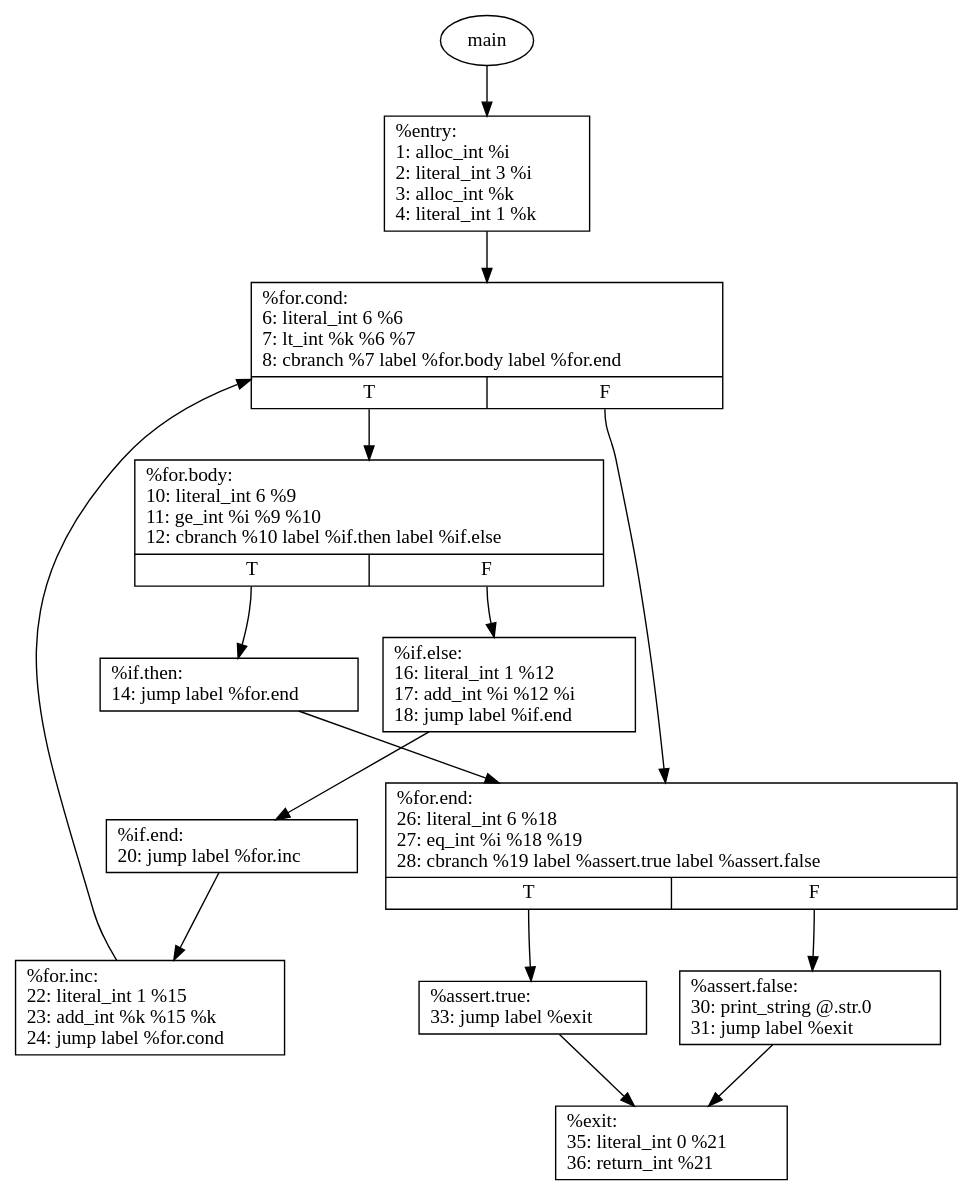
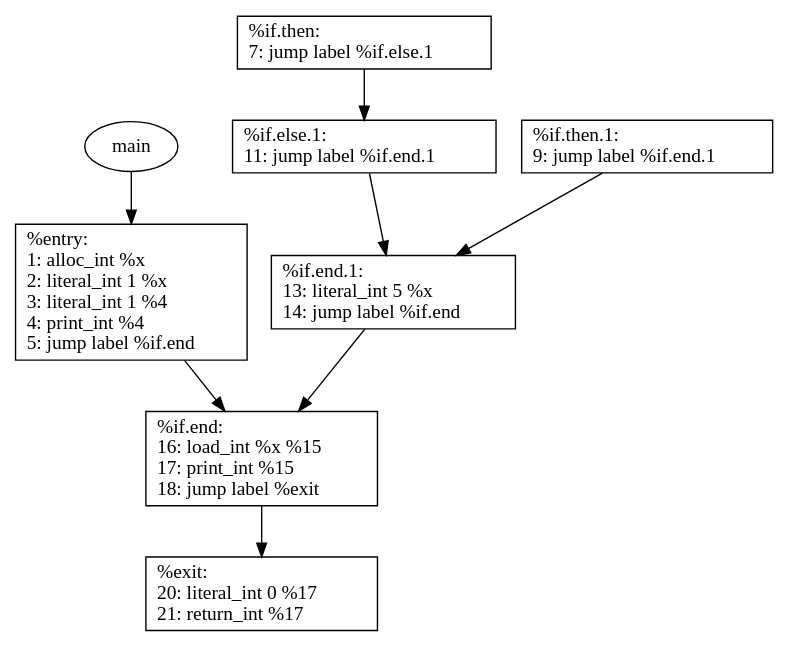
One commit to barddes/ply-python-compiler changed the diagram in main.gv. Above: the diagram before and after it, drawn with Graphviz. The commit also changed 5 other files, not shown here.

```diff
--- a/main.gv
+++ b/main.gv
@@ -1,29 +1,18 @@
 digraph g {
 	node [shape=record]
 	main [shape=ellipse]
 	main -> "%entry"
-	"%entry" [label="{%entry:\l	1:   alloc_int %i \l	2:   literal_int 3 %i \l	3:   alloc_int %k \l	4:   literal_int 1 %k \l	}"]
-	"%entry" -> "%for.cond"
-	"%for.cond" [label="{%for.cond:\l	6:   literal_int 6 %6 \l	7:   lt_int %k %6 %7 \l	8:   cbranch %7 label %for.body label %for.end\l	|{<f0>T|<f1>F}}"]
-	"%for.cond":f0 -> "%for.body"
-	"%for.cond":f1 -> "%for.end"
-	"%for.body" [label="{%for.body:\l	10:   literal_int 6 %9 \l	11:   ge_int %i %9 %10 \l	12:   cbranch %10 label %if.then label %if.else\l	|{<f0>T|<f1>F}}"]
-	"%for.body":f0 -> "%if.then"
-	"%for.body":f1 -> "%if.else"
-	"%if.then" [label="{%if.then:\l	14:   jump label %for.end\l	}"]
-	"%if.then" -> "%for.end"
-	"%if.else" [label="{%if.else:\l	16:   literal_int 1 %12 \l	17:   add_int %i %12 %i \l	18:   jump label %if.end\l	}"]
-	"%if.else" -> "%if.end"
-	"%if.end" [label="{%if.end:\l	20:   jump label %for.inc\l	}"]
-	"%if.end" -> "%for.inc"
-	"%for.inc" [label="{%for.inc:\l	22:   literal_int 1 %15 \l	23:   add_int %k %15 %k \l	24:   jump label %for.cond\l	}"]
-	"%for.inc" -> "%for.cond"
-	"%for.end" [label="{%for.end:\l	26:   literal_int 6 %18 \l	27:   eq_int %i %18 %19 \l	28:   cbranch %19 label %assert.true label %assert.false\l	|{<f0>T|<f1>F}}"]
-	"%for.end":f0 -> "%assert.true"
-	"%for.end":f1 -> "%assert.false"
-	"%assert.false" [label="{%assert.false:\l	30:   print_string @.str.0 \l	31:   jump label %exit\l	}"]
-	"%assert.false" -> "%exit"
-	"%assert.true" [label="{%assert.true:\l	33:   jump label %exit\l	}"]
-	"%assert.true" -> "%exit"
-	"%exit" [label="{%exit:\l	35:   literal_int 0 %21 \l	36:   return_int %21\l	}"]
+	"%entry" [label="{%entry:\l	1:   alloc_int %x \l	2:   literal_int 1 %x \l	3:   literal_int 1 %4 \l	4:   print_int %4 \l	5:   jump label %if.end\l	}"]
+	"%entry" -> "%if.end"
+	"%if.then" [label="{%if.then:\l	7:   jump label %if.else.1\l	}"]
+	"%if.then" -> "%if.else.1"
+	"%if.then.1" [label="{%if.then.1:\l	9:   jump label %if.end.1\l	}"]
+	"%if.then.1" -> "%if.end.1"
+	"%if.else.1" [label="{%if.else.1:\l	11:   jump label %if.end.1\l	}"]
+	"%if.else.1" -> "%if.end.1"
+	"%if.end.1" [label="{%if.end.1:\l	13:   literal_int 5 %x \l	14:   jump label %if.end\l	}"]
+	"%if.end.1" -> "%if.end"
+	"%if.end" [label="{%if.end:\l	16:   load_int %x %15 \l	17:   print_int %15 \l	18:   jump label %exit\l	}"]
+	"%if.end" -> "%exit"
+	"%exit" [label="{%exit:\l	20:   literal_int 0 %17 \l	21:   return_int %17\l	}"]
 }
```
